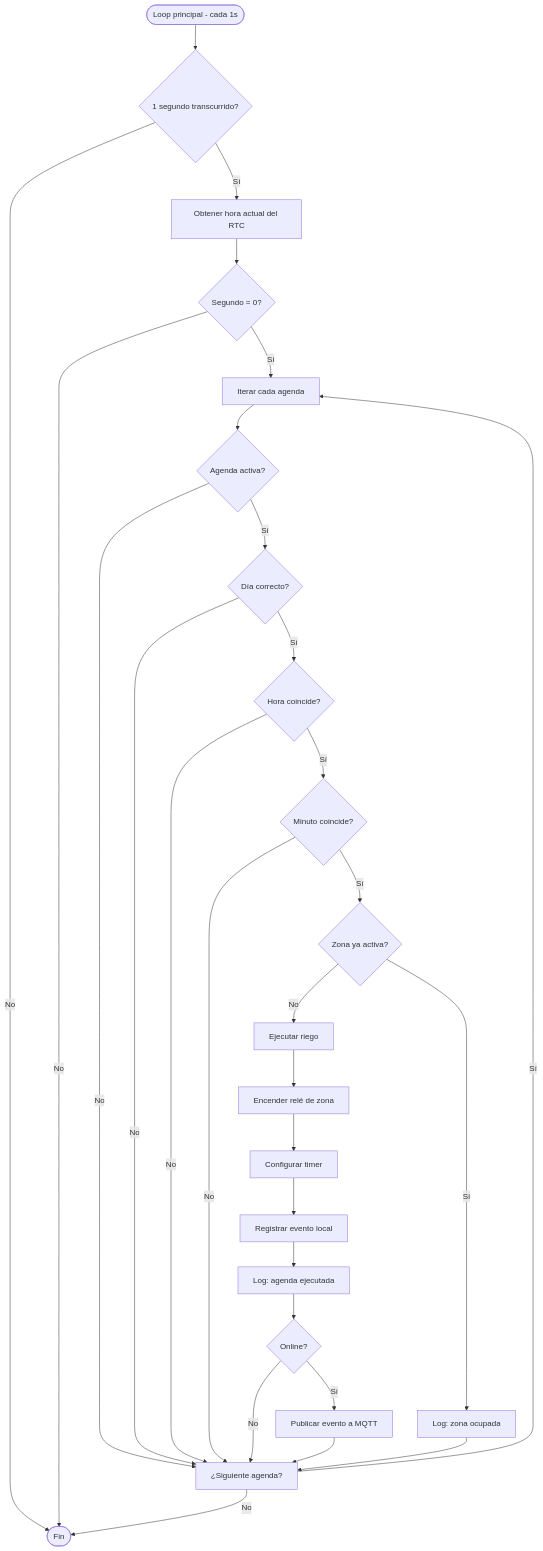
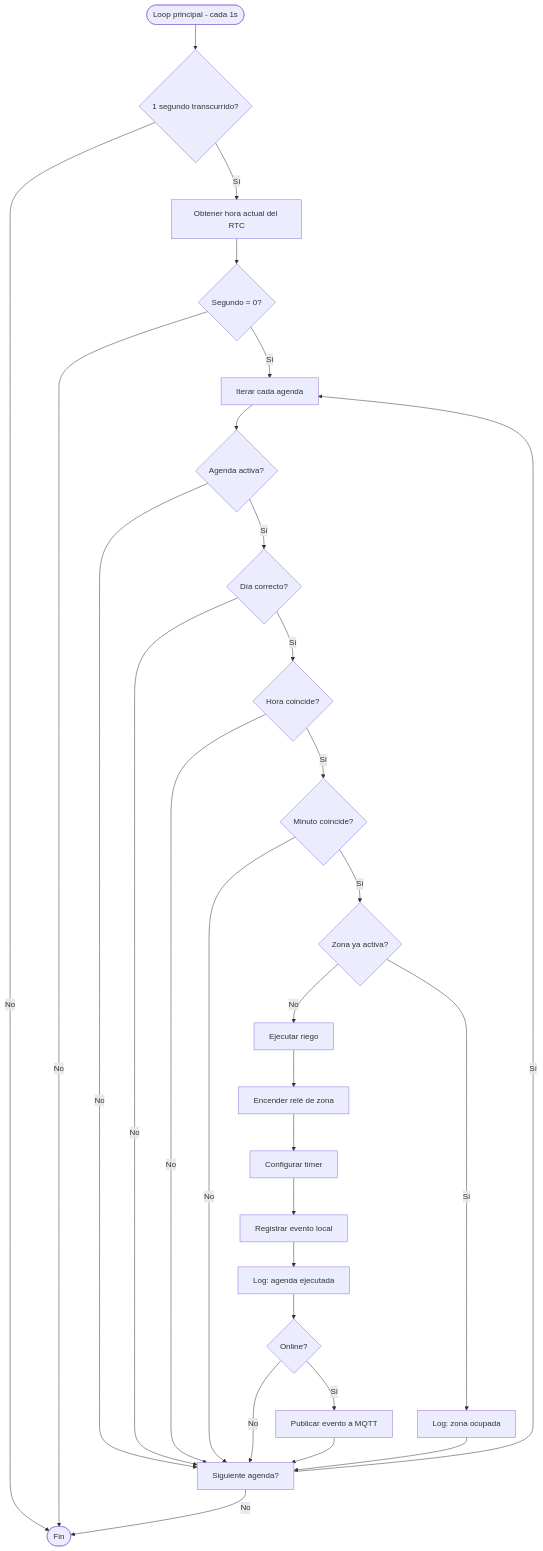
Before and after one commit to danielcalvindeveloper/irrigacion-mqtt: the fifth of 11 diagrams in docs/implementacion/esp32-diagramas-flujo.md, drawn with Mermaid. The commit also changed other lines of this file, not shown here.

Commit message:
mas mermaid

````diff
--- a/docs/implementacion/esp32-diagramas-flujo.md
+++ b/docs/implementacion/esp32-diagramas-flujo.md
@@ -250,42 +250,42 @@
 ```mermaid
 flowchart TD
     Start([Loop principal - cada 1s]) --> CheckInterval{1 segundo transcurrido?}
     CheckInterval -->|No| End
     CheckInterval -->|Sí| GetCurrentTime[Obtener hora actual del RTC]
     
     GetCurrentTime --> CheckSecond{Segundo = 0?}
     CheckSecond -->|No| End
     CheckSecond -->|Sí| LoopAgendas[Iterar cada agenda]
     
     LoopAgendas --> CheckActive{Agenda activa?}
     CheckActive -->|No| NextAgenda
     CheckActive -->|Sí| CheckDay{Día correcto?}
     
     CheckDay -->|No| NextAgenda
     CheckDay -->|Sí| CheckHour{Hora coincide?}
     
     CheckHour -->|No| NextAgenda
     CheckHour -->|Sí| CheckMinute{Minuto coincide?}
     
     CheckMinute -->|No| NextAgenda
     CheckMinute -->|Sí| CheckZoneActive{Zona ya activa?}
     
     CheckZoneActive -->|Sí| LogSkip[Log: zona ocupada]
     CheckZoneActive -->|No| ExecuteAgenda[Ejecutar riego]
     
     ExecuteAgenda --> TurnOn[Encender relé de zona]
     TurnOn --> SetTimer[Configurar timer]
     SetTimer --> SaveEvent[Registrar evento local]
     SaveEvent --> LogExecution[Log: agenda ejecutada]
     
     LogExecution --> PublishIfOnline{Online?}
     PublishIfOnline -->|Sí| PublishEvent[Publicar evento a MQTT]
     PublishIfOnline -->|No| NextAgenda
     
-    PublishEvent --> NextAgenda[¿Siguiente agenda?]
+    PublishEvent --> NextAgenda["Siguiente agenda?"]
     LogSkip --> NextAgenda
     NextAgenda -->|Sí| LoopAgendas
     NextAgenda -->|No| End([Fin])
     
     End
 ```
````
